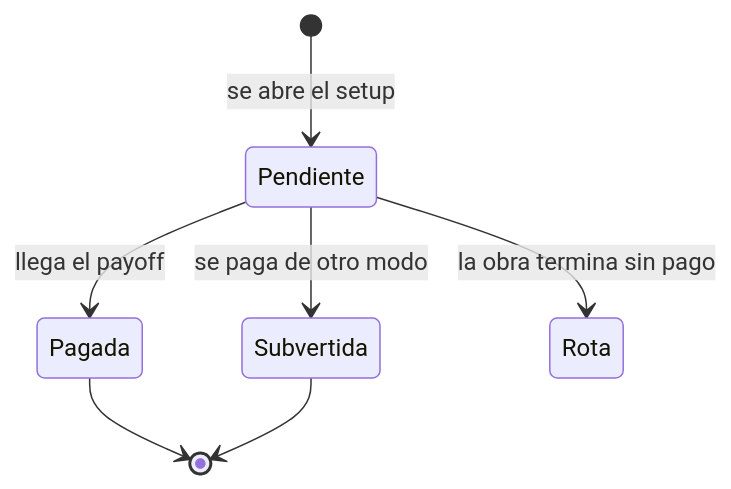
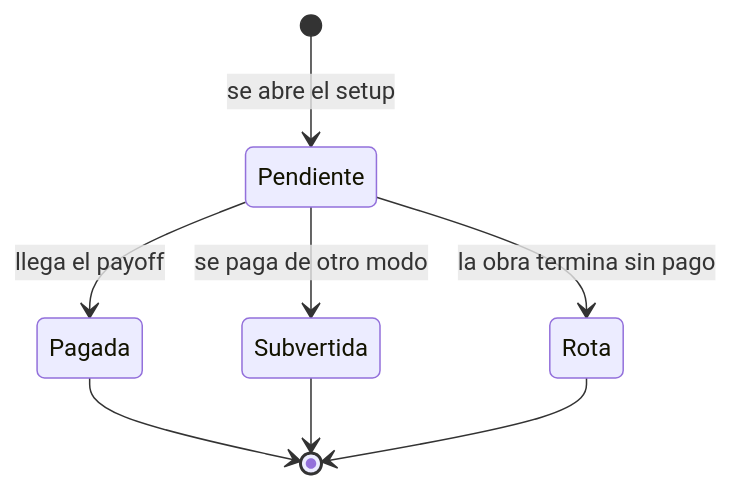
Diagram 13 of 20 in docs/domain-knowledge.md (BrunoCrz3/MyStory), drawn with Mermaid before and after one commit. The commit also changed other lines of this file and 1 other file, not shown here.

````diff
--- a/docs/domain-knowledge.md
+++ b/docs/domain-knowledge.md
@@ -224,9 +226,10 @@
 ```mermaid
 stateDiagram-v2
   [*] --> Pendiente: se abre el setup
   Pendiente --> Pagada: llega el payoff
   Pendiente --> Subvertida: se paga de otro modo
   Pendiente --> Rota: la obra termina sin pago
   Pagada --> [*]
   Subvertida --> [*]
+  Rota --> [*]
 ```
````
